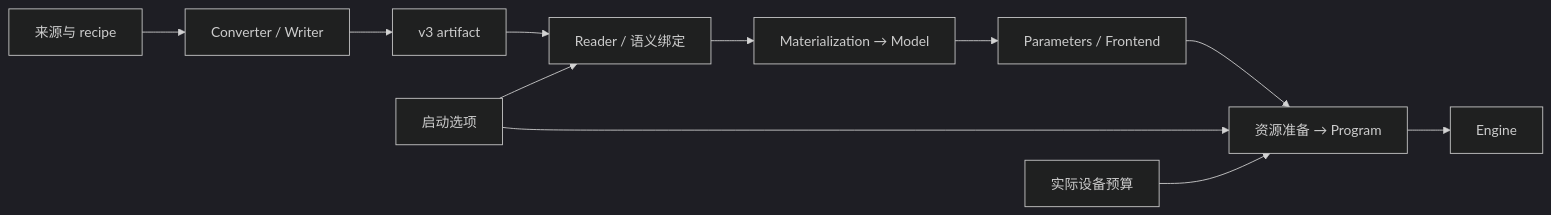
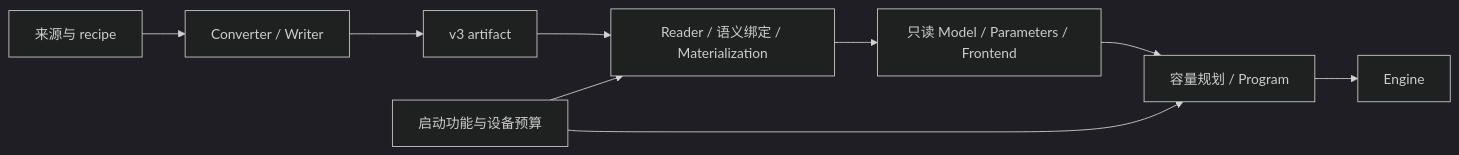
The first of 3 diagrams in docs/maintainer/engine-architecture.md (kido5217/frinfer), drawn with Mermaid (dark theme) before and after one commit. The commit also changed other lines of this file and 175 other files, not shown here.

````diff
--- a/docs/maintainer/engine-architecture.md
+++ b/docs/maintainer/engine-architecture.md
@@ -59,13 +32,11 @@
 ```mermaid
 flowchart LR
     S["来源与 recipe"] --> C["Converter / Writer"]
     C --> A["v3 artifact"]
-    A --> L["Reader / 语义绑定"]
-    L --> M["Materialization → Model"]
-    M --> P["Parameters / Frontend"]
-    P --> R["资源准备 → Program"]
-    R --> E["Engine"]
-    O["启动选项"] --> L
-    O --> R
-    D["实际设备预算"] --> R
+    A --> L["Reader / 语义绑定 / Materialization"]
+    L --> M["只读 Model / Parameters / Frontend"]
+    M --> P["容量规划 / Program"]
+    P --> E["Engine"]
+    O["启动功能与设备预算"] --> L
+    O --> P
 ```
````
